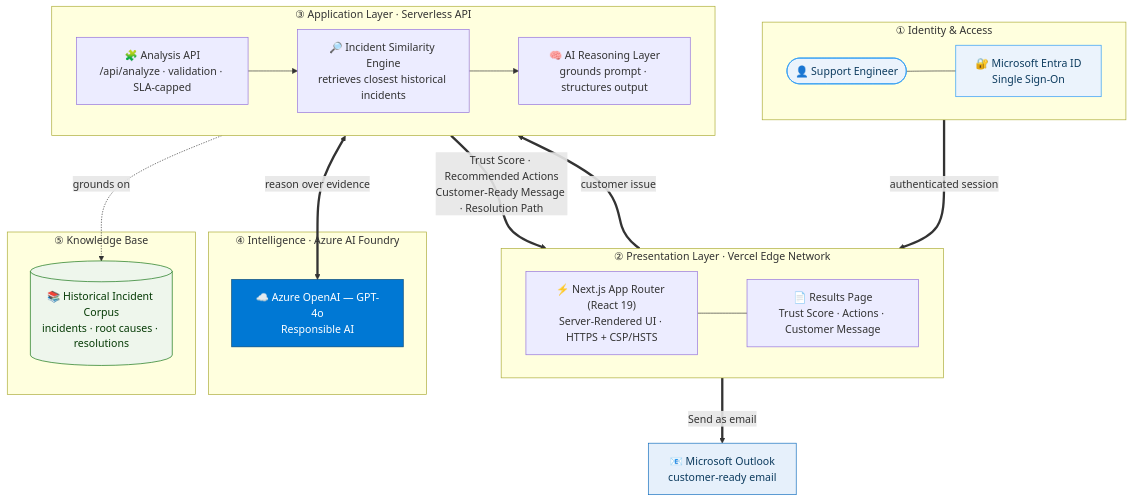
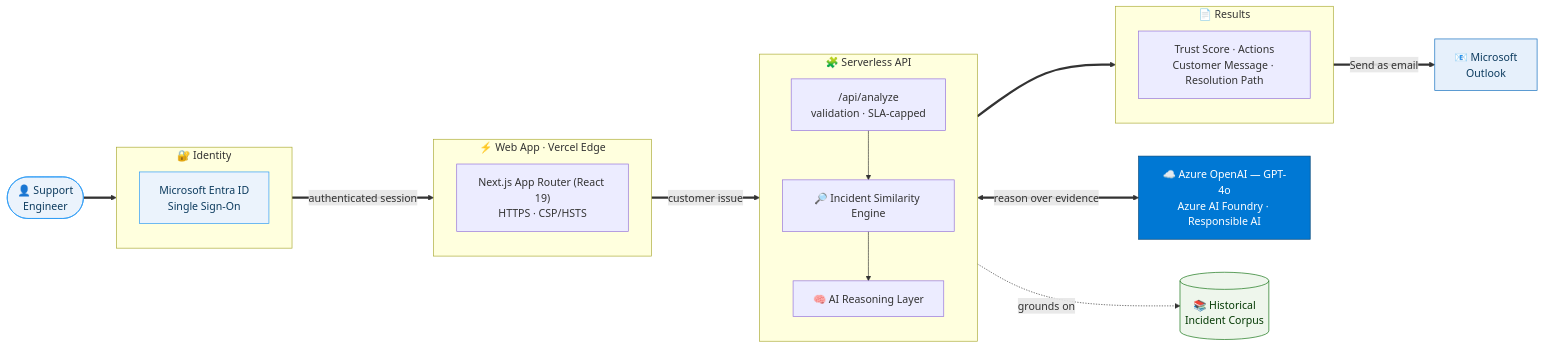
The diagram in docs/ARCHITECTURE.md (benjaminbob21/customer-compass), drawn with Mermaid before and after one commit.

Commit message:
Switch architecture diagram to landscape (LR) layout

````diff
--- a/docs/ARCHITECTURE.md
+++ b/docs/ARCHITECTURE.md
@@ -9,50 +9,47 @@
 ```mermaid
-flowchart TB
-    subgraph L1["① Identity &amp; Access"]
-        direction LR
-        User(["👤 Support Engineer"])
-        Entra["🔐 Microsoft Entra ID<br/>Single Sign-On"]
-        User --- Entra
+flowchart LR
+    User(["👤 Support<br/>Engineer"])
+
+    subgraph Auth["🔐 Identity"]
+        direction TB
+        Entra["Microsoft Entra ID<br/>Single Sign-On"]
     end
 
-    subgraph L2["② Presentation Layer · Vercel Edge Network"]
-        direction LR
-        Web["⚡ Next.js App Router (React 19)<br/>Server-Rendered UI · HTTPS + CSP/HSTS"]
-        Results["📄 Results Page<br/>Trust Score · Actions · Customer Message"]
-        Web --- Results
+    subgraph App["⚡ Web App · Vercel Edge"]
+        direction TB
+        Web["Next.js App Router (React 19)<br/>HTTPS · CSP/HSTS"]
     end
 
-    subgraph L3["③ Application Layer · Serverless API"]
-        direction LR
-        API["🧩 Analysis API<br/>/api/analyze · validation · SLA-capped"]
-        Retrieval["🔎 Incident Similarity Engine<br/>retrieves closest historical incidents"]
-        Reasoning["🧠 AI Reasoning Layer<br/>grounds prompt · structures output"]
+    subgraph Backend["🧩 Serverless API"]
+        direction TB
+        API["/api/analyze<br/>validation · SLA-capped"]
+        Retrieval["🔎 Incident Similarity Engine"]
+        Reasoning["🧠 AI Reasoning Layer"]
         API --> Retrieval --> Reasoning
     end
 
-    subgraph L4["④ Intelligence · Azure AI Foundry"]
-        AOAI["☁️ Azure OpenAI — GPT-4o<br/>Responsible AI"]
+    AOAI["☁️ Azure OpenAI — GPT-4o<br/>Azure AI Foundry · Responsible AI"]
+    KB[("📚 Historical<br/>Incident Corpus")]
+
+    subgraph Out["📄 Results"]
+        direction TB
+        Results["Trust Score · Actions<br/>Customer Message · Resolution Path"]
     end
 
-    subgraph L5["⑤ Knowledge Base"]
-        KB[("📚 Historical Incident Corpus<br/>incidents · root causes · resolutions")]
-    end
+    Outlook["📧 Microsoft<br/>Outlook"]
 
-    Outlook["📧 Microsoft Outlook<br/>customer-ready email"]
-
-    Entra ==>|authenticated session| Web
-    Web ==>|"customer issue"| API
+    User ==> Entra ==>|authenticated session| Web ==>|customer issue| API
     Retrieval -. grounds on .-> KB
     Reasoning <==>|reason over evidence| AOAI
-    Reasoning ==>|"Trust Score · Recommended Actions<br/>Customer-Ready Message · Resolution Path"| Results
-    Results ==>|"Send as email"| Outlook
+    Reasoning ==> Results
+    Results ==>|Send as email| Outlook
 
     classDef azure fill:#0078d4,stroke:#004578,color:#ffffff
     classDef kb fill:#eef6ec,stroke:#0e700e,color:#063b06
     classDef identity fill:#ebf3fc,stroke:#2899f5,color:#0c3b5e
     classDef outlook fill:#e6f0fb,stroke:#0f6cbd,color:#0c3b5e
     class AOAI azure
     class KB kb
     class Entra,User identity
     class Outlook outlook
 ```
````
